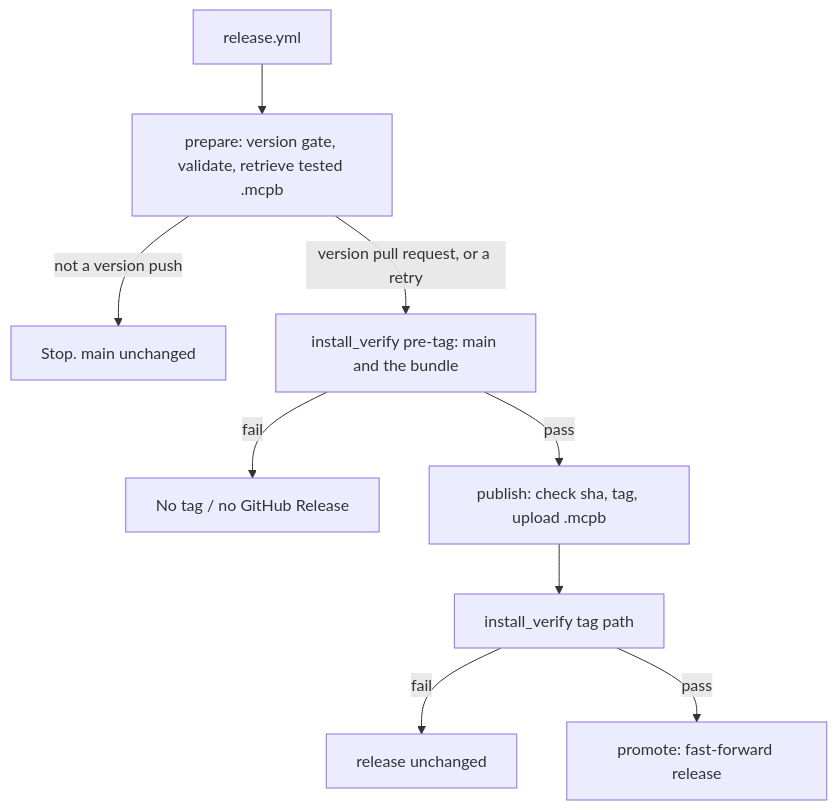
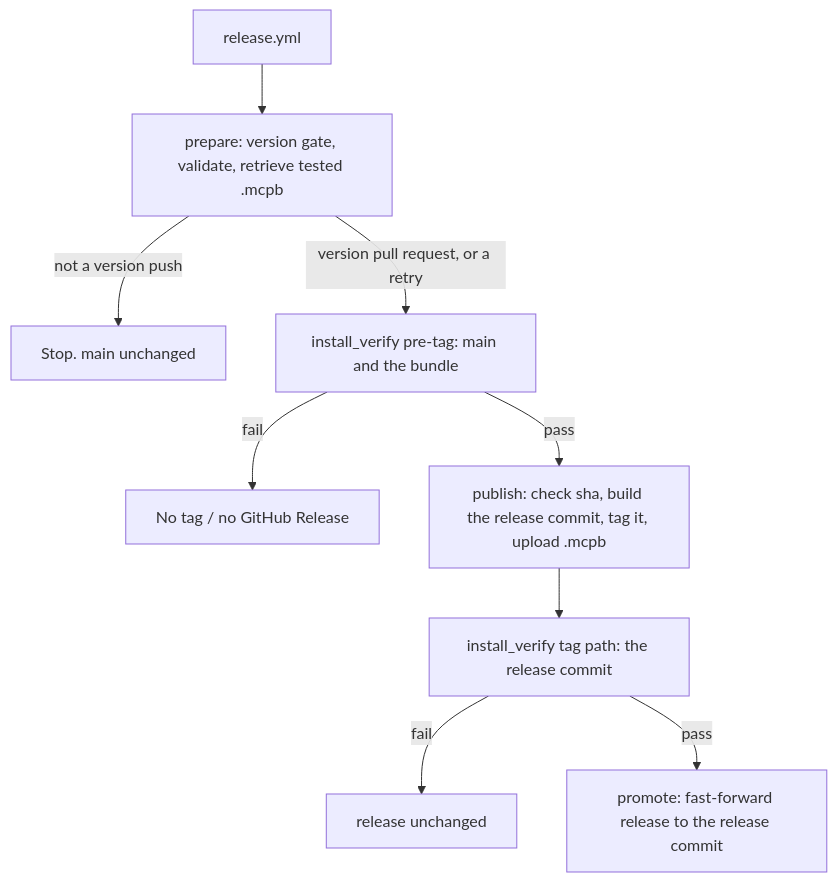
Before and after one commit to CREATeNG/freecad-mcp-bridge: the diagram in MAINTAINING.md, drawn with Mermaid. The commit also changed other lines of this file and 6 other files, not shown here.

First line of the commit message:
Release commit: the release branch carries only what users install (#76)

````diff
--- a/MAINTAINING.md
+++ b/MAINTAINING.md
@@ -103,12 +141,12 @@
 ```mermaid
 flowchart TD
   R[release.yml]
   R --> prep[prepare: version gate, validate, retrieve tested .mcpb]
   prep -->|not a version push| skip[Stop. main unchanged]
   prep -->|version pull request, or a retry| verify[install_verify pre-tag: main and the bundle]
   verify -->|fail| stop[No tag / no GitHub Release]
-  verify -->|pass| pub[publish: check sha, tag, upload .mcpb]
-  pub --> postverify[install_verify tag path]
+  verify -->|pass| pub[publish: check sha, build the release commit, tag it, upload .mcpb]
+  pub --> postverify[install_verify tag path: the release commit]
   postverify -->|fail| stop2[release unchanged]
-  postverify -->|pass| promote[promote: fast-forward release]
+  postverify -->|pass| promote[promote: fast-forward release to the release commit]
 ```
````
